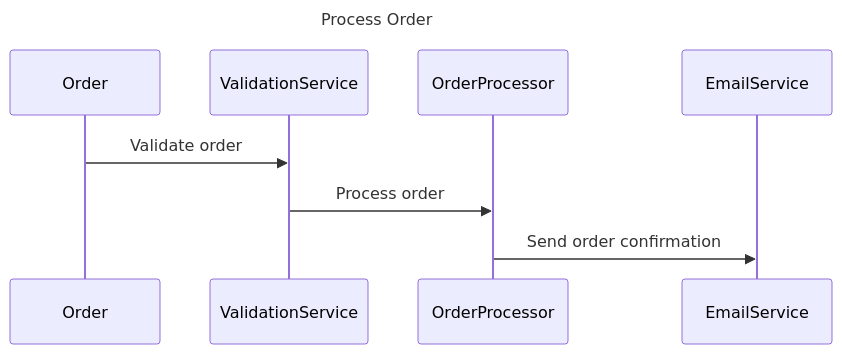
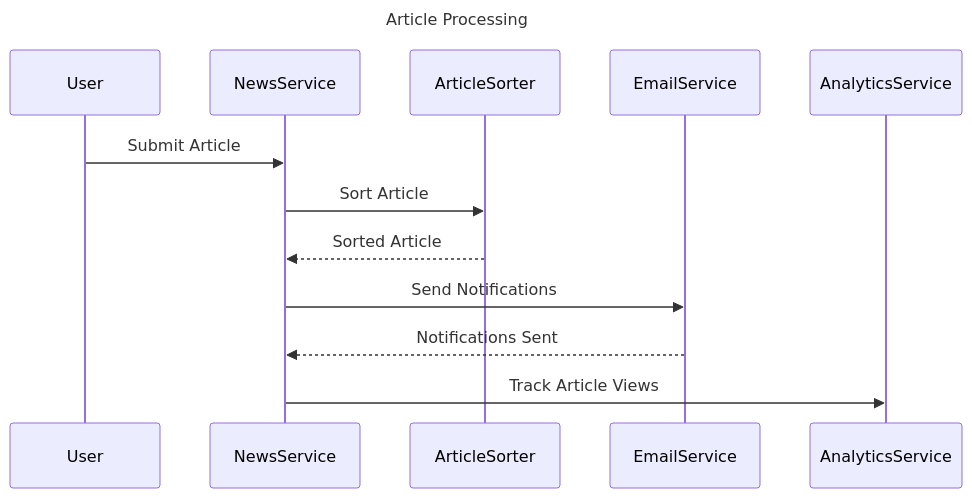
Before and after one commit to RichardHightower/docgen: the third of 10 diagrams in src/main/templates/methods/example.md, drawn with Mermaid. The commit also changed other lines of this file and 14 other files, not shown here.

````diff
--- a/src/main/templates/methods/example.md
+++ b/src/main/templates/methods/example.md
@@ -209,14 +233,20 @@
 ```mermaid
 ---
-title: Process Order
+title: Article Processing
 ---
 sequenceDiagram
-    participant Order
-    participant ValidationService
-    participant OrderProcessor
+
+
+    participant User
+    participant NewsService
+    participant ArticleSorter
     participant EmailService
-    
-    Order->>ValidationService: Validate order
-    ValidationService->>OrderProcessor: Process order
-    OrderProcessor->>EmailService: Send order confirmation
+    participant AnalyticsService
+
+    User->>NewsService: Submit Article
+    NewsService->>ArticleSorter: Sort Article
+    ArticleSorter-->>NewsService: Sorted Article
+    NewsService->>EmailService: Send Notifications
+    EmailService-->>NewsService: Notifications Sent
+    NewsService->>AnalyticsService: Track Article Views
 ```
````
